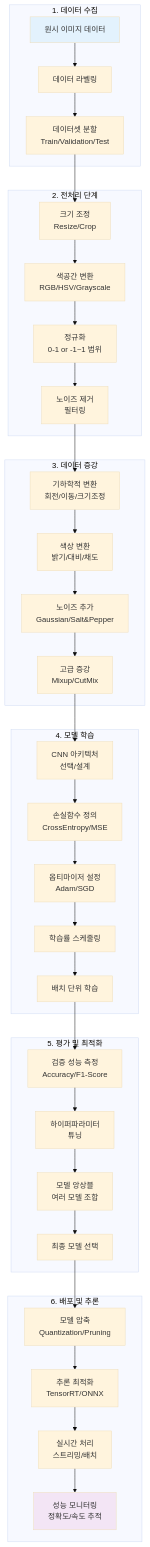
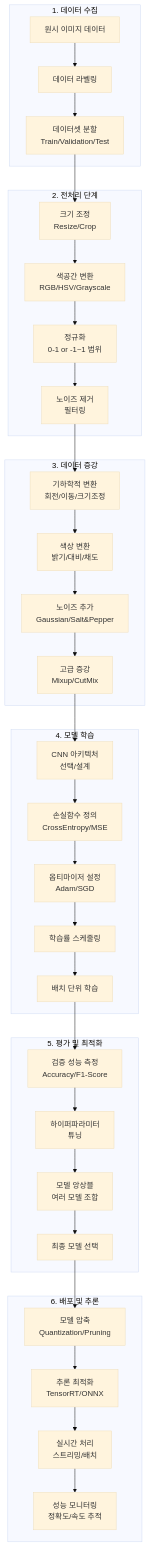
One commit to c0z0c/sprint_mission changed the fourth of 7 diagrams in 스터디/이미지와_컴퓨터미전_학습자료.md. Above: the diagram before and after it, drawn with Mermaid (base theme). The commit also changed other lines of this file and 1 other file, not shown here.

Commit message:
mermaid 오류 수정

````diff
--- a/스터디/이미지와_컴퓨터미전_학습자료.md
+++ b/스터디/이미지와_컴퓨터미전_학습자료.md
@@ -1752,47 +1738,44 @@
 ```mermaid
 flowchart TD
-    subgraph "1. 데이터 수집"
+    subgraph DataCollection ["1. 데이터 수집"]
         A1["원시 이미지 데이터"] --> A2["데이터 라벨링"]
         A2 --> A3["데이터셋 분할<br/>Train/Validation/Test"]
     end
     
-    subgraph "2. 전처리 단계"
+    subgraph Preprocessing ["2. 전처리 단계"]
         B1["크기 조정<br/>Resize/Crop"] --> B2["색공간 변환<br/>RGB/HSV/Grayscale"]
         B2 --> B3["정규화<br/>0-1 or -1~1 범위"]
         B3 --> B4["노이즈 제거<br/>필터링"]
     end
     
-    subgraph "3. 데이터 증강"
+    subgraph DataAug ["3. 데이터 증강"]
         C1["기하학적 변환<br/>회전/이동/크기조정"] --> C2["색상 변환<br/>밝기/대비/채도"]
         C2 --> C3["노이즈 추가<br/>Gaussian/Salt&Pepper"]
         C3 --> C4["고급 증강<br/>Mixup/CutMix"]
     end
     
-    subgraph "4. 모델 학습"
+    subgraph Training ["4. 모델 학습"]
         D1["CNN 아키텍처<br/>선택/설계"] --> D2["손실함수 정의<br/>CrossEntropy/MSE"]
         D2 --> D3["옵티마이저 설정<br/>Adam/SGD"]
         D3 --> D4["학습률 스케줄링"]
         D4 --> D5["배치 단위 학습"]
     end
     
-    subgraph "5. 평가 및 최적화"
+    subgraph Evaluation ["5. 평가 및 최적화"]
         E1["검증 성능 측정<br/>Accuracy/F1-Score"] --> E2["하이퍼파라미터<br/>튜닝"]
         E2 --> E3["모델 앙상블<br/>여러 모델 조합"]
         E3 --> E4["최종 모델 선택"]
     end
     
-    subgraph "6. 배포 및 추론"
+    subgraph Deployment ["6. 배포 및 추론"]
         F1["모델 압축<br/>Quantization/Pruning"] --> F2["추론 최적화<br/>TensorRT/ONNX"]
         F2 --> F3["실시간 처리<br/>스트리밍/배치"]
         F3 --> F4["성능 모니터링<br/>정확도/속도 추적"]
     end
     
     A3 --> B1
     B4 --> C1
     C4 --> D1
     D5 --> E1
     E4 --> F1
-    
-    style A1 fill:#e3f2fd
-    style F4 fill:#f3e5f5
 ```
````
